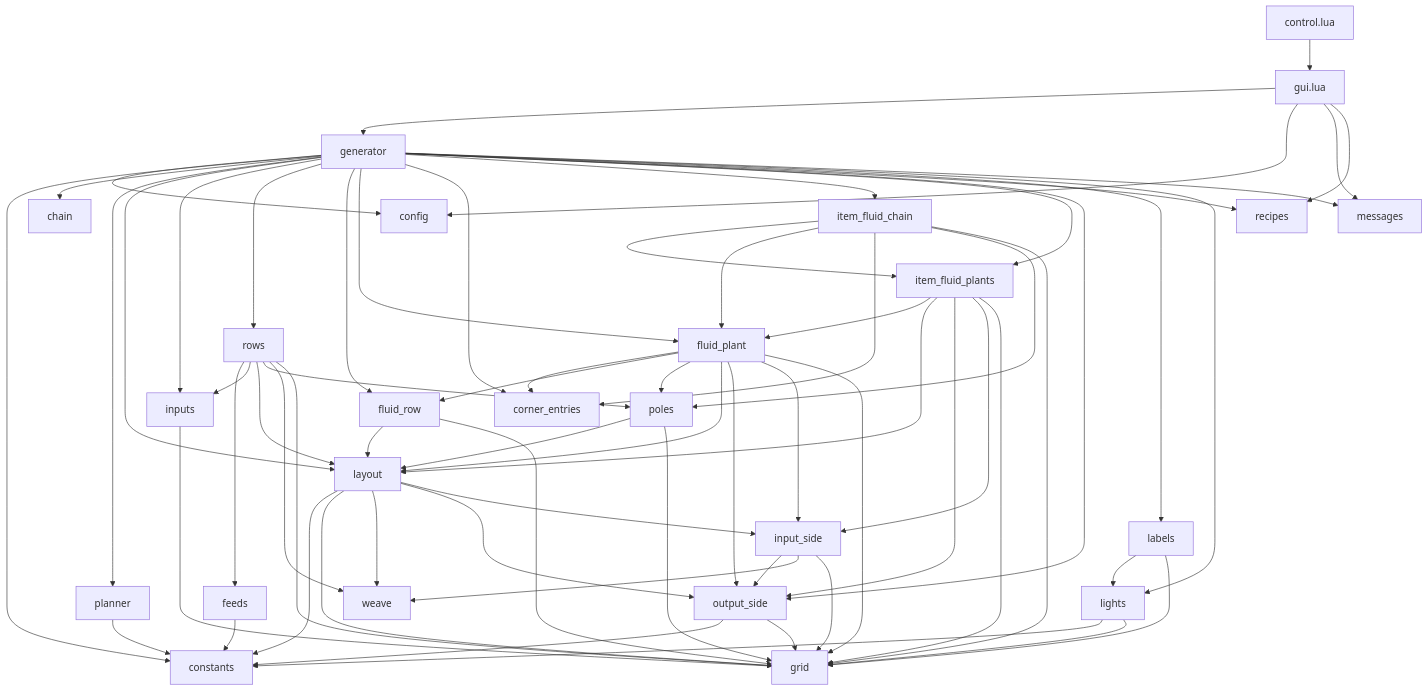
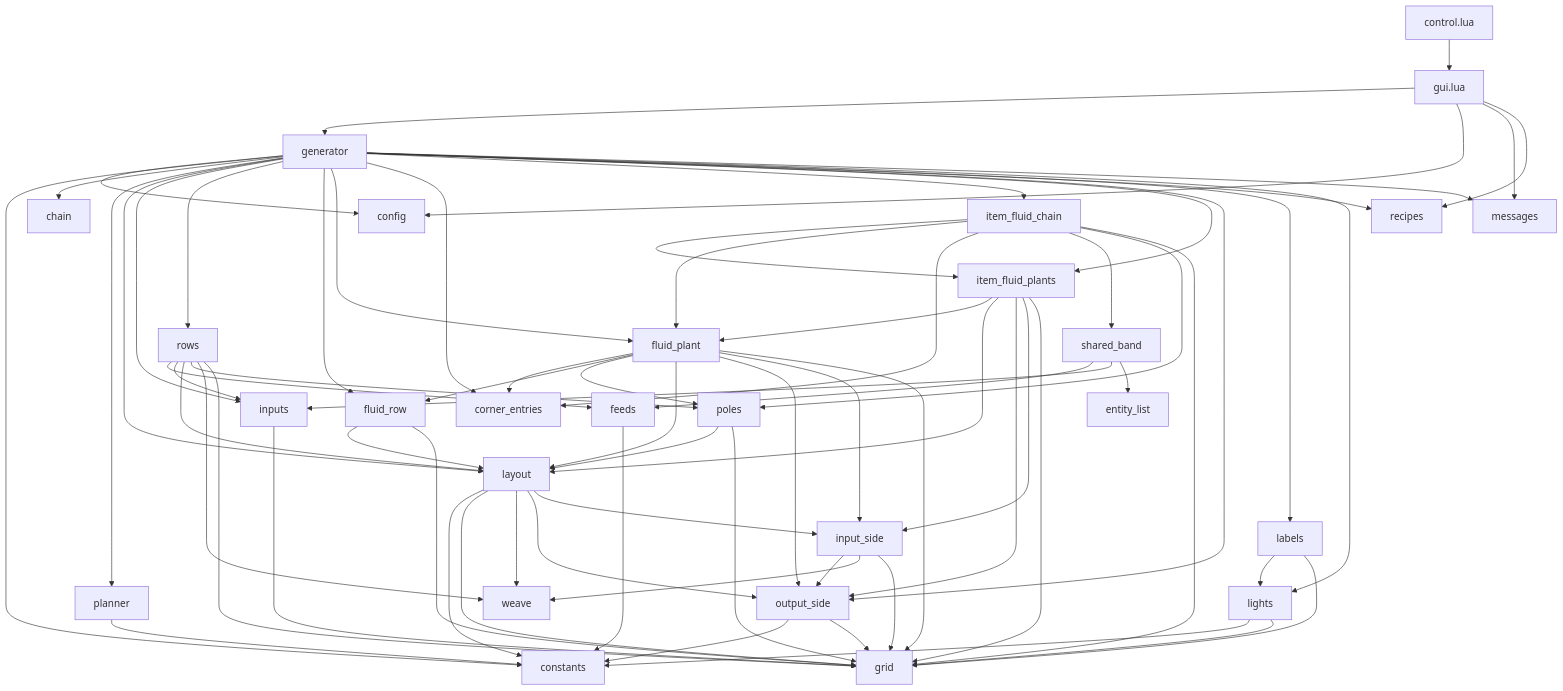
One commit to RibbonedAce/factorio-blueprint-generation changed the second of 6 diagrams in TYPES.md. Above: the diagram before and after it, drawn with Mermaid. The commit also changed other lines of this file and 21 other files, not shown here.

````diff
--- a/TYPES.md
+++ b/TYPES.md
@@ -77,69 +80,73 @@
 ```mermaid
 flowchart TD
   control["control.lua"] --> gui["gui.lua"]
   gui --> generator
   gui --> config
   gui --> messages
   generator --> config
   generator --> constants
   generator --> chain
   generator --> planner
   generator --> layout
   generator --> inputs
   generator --> rows
   generator --> fluid_row
   generator --> fluid_plant
   generator --> corner_entries
   generator --> item_fluid_chain
   generator --> item_fluid_plants
   generator --> output_side
   item_fluid_chain --> item_fluid_plants
   item_fluid_chain --> fluid_plant
   item_fluid_chain --> corner_entries
+  item_fluid_chain --> shared_band
+  shared_band --> feeds
+  shared_band --> inputs
+  shared_band --> entity_list
   item_fluid_chain --> poles
   item_fluid_chain --> grid
   item_fluid_plants --> fluid_plant
   item_fluid_plants --> layout
   item_fluid_plants --> output_side
   item_fluid_plants --> input_side
   item_fluid_plants --> grid
   fluid_plant --> corner_entries
   fluid_plant --> fluid_row
   fluid_plant --> poles
   fluid_plant --> layout
   fluid_plant --> output_side
   fluid_plant --> input_side
   fluid_plant --> grid
   generator --> recipes
   gui --> recipes
   fluid_row --> layout
   fluid_row --> grid
   generator --> labels
   generator --> lights
   labels --> lights
   labels --> grid
   generator --> messages
   lights --> constants
   lights --> grid
   rows --> feeds
   rows --> inputs
   rows --> layout
   rows --> poles
   rows --> weave
   rows --> grid
   poles --> layout
   poles --> grid
   layout --> constants
   layout --> grid
   layout --> weave
   layout --> output_side
   layout --> input_side
   output_side --> constants
   output_side --> grid
   input_side --> output_side
   input_side --> weave
   input_side --> grid
   planner --> constants
   feeds --> constants
   inputs --> grid
 ```
````
